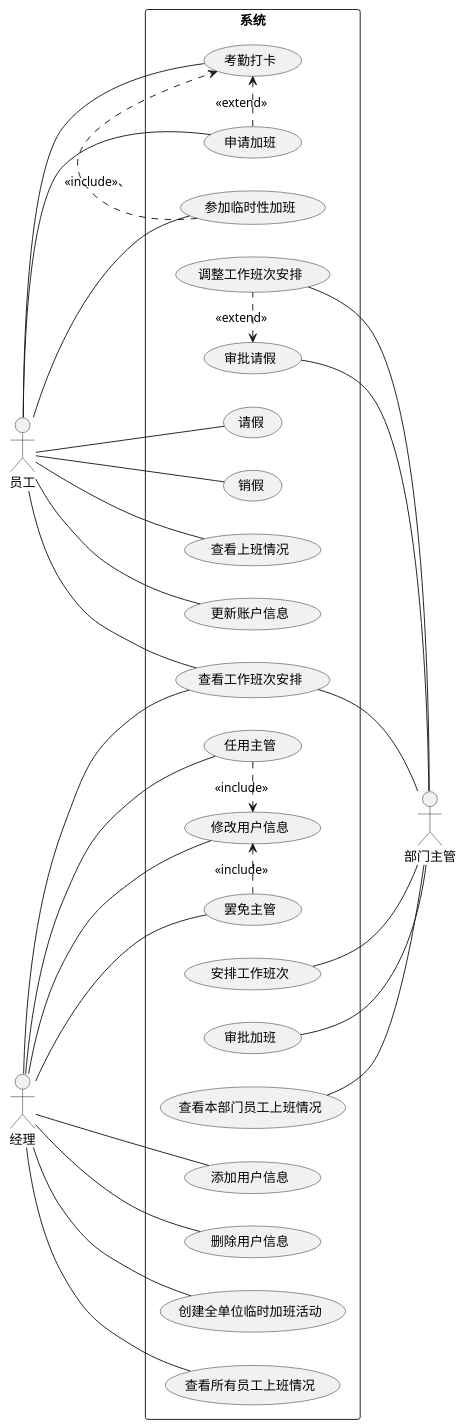
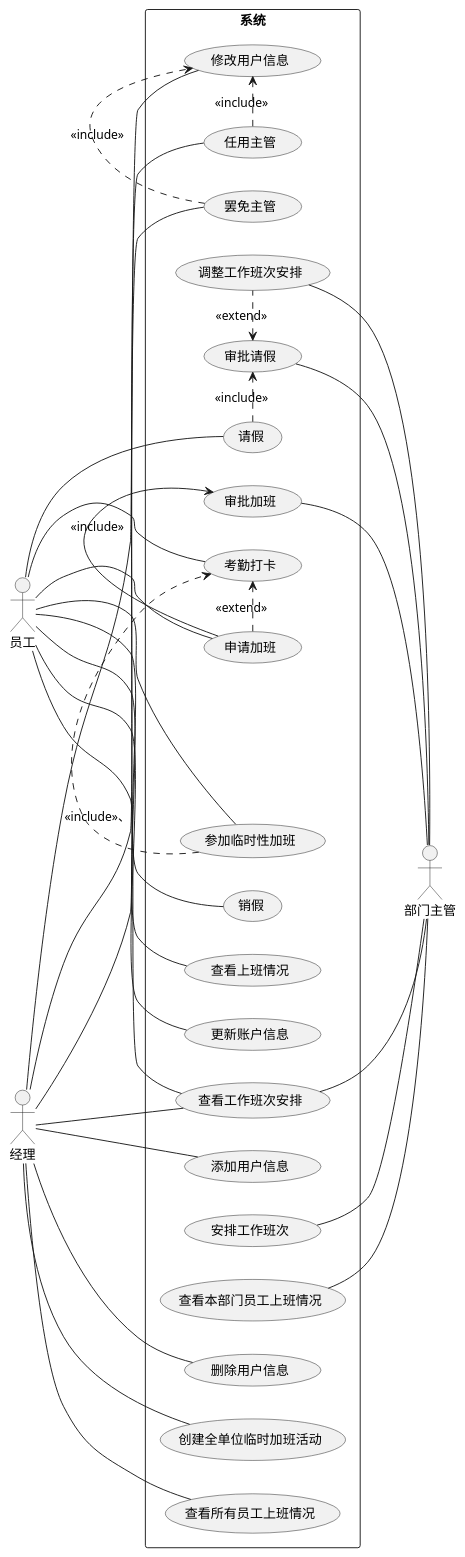
Before and after one commit to szdx4/attsys-docs: the diagram in usecase_diagram.wsd, drawn with PlantUML. The commit also changed 2 other files, not shown here.

Commit message:
完善用况图

```diff
--- a/usecase_diagram.wsd
+++ b/usecase_diagram.wsd
@@ -1,48 +1,47 @@
 @startuml
 
 ' 用例图代码
 
 left to right direction
 actor 员工
 actor 经理
 actor 部门主管
 
 rectangle 系统 {
     ' 经理
     经理 -- (添加用户信息)
     经理 -- (删除用户信息)
     经理 -- (修改用户信息)
-    ' (管理用户信息) <. (添加用户信息) : <<extend>>
-    ' (管理用户信息) <. (删除用户信息) : <<extend>>
-    ' (管理用户信息) <. (修改用户信息) : <<extend>>
     经理 -- (任用主管) 
     (任用主管) .> (修改用户信息) : <<include>>
     经理 -- (罢免主管)
     (罢免主管) .> (修改用户信息) : <<include>>
     经理 -- (查看工作班次安排)
     经理 -- (创建全单位临时加班活动)
     经理 -- (查看所有员工上班情况)
     
     ' 部门主管
     (安排工作班次) -- 部门主管
     (查看工作班次安排) -- 部门主管
     (调整工作班次安排) -- 部门主管
     (审批请假) -- 部门主管
     (审批请假) <. (调整工作班次安排) : <<extend>>
     (审批加班) -- 部门主管
     (查看本部门员工上班情况) -- 部门主管
 
     ' 员工
     员工 -- (查看工作班次安排)
     员工 -- (请假)
+    (请假) .> (审批请假) : <<include>>
     员工 -- (销假)
     员工 -- (考勤打卡)
     员工 -- (申请加班)
+    (申请加班) -> (审批加班) : <<include>>
     (申请加班) .> (考勤打卡) : <<extend>>
     员工 -- (查看上班情况)
     员工 -- (更新账户信息)
     员工 -- (参加临时性加班)
     (参加临时性加班) .> (考勤打卡) : <<include>>、
 }
 
 @enduml
```
